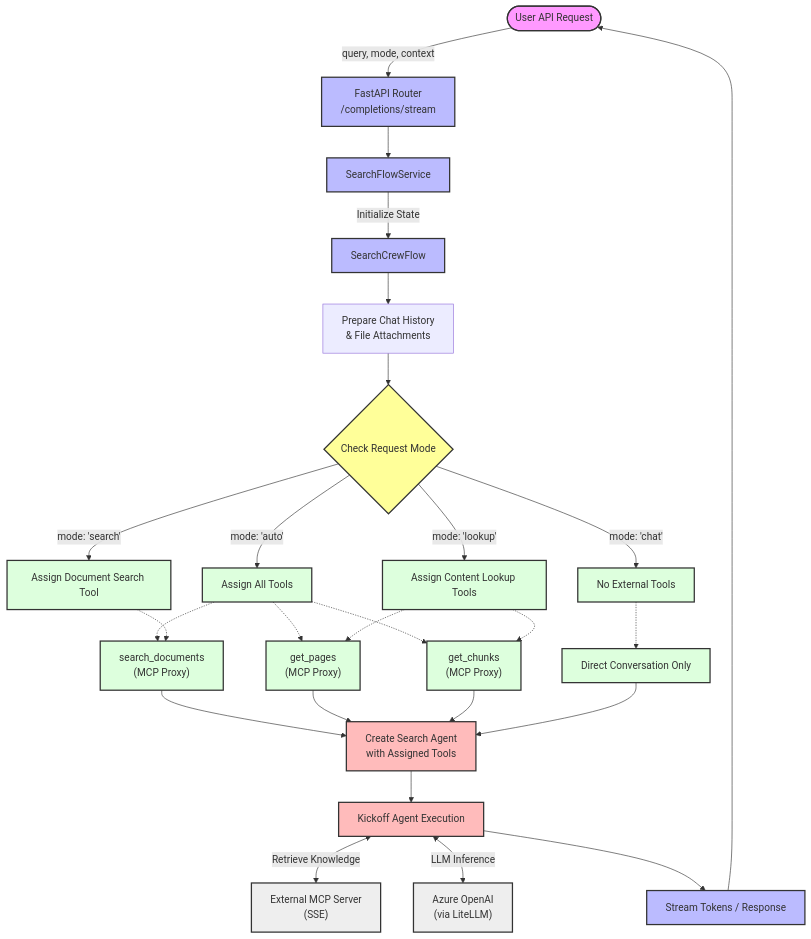
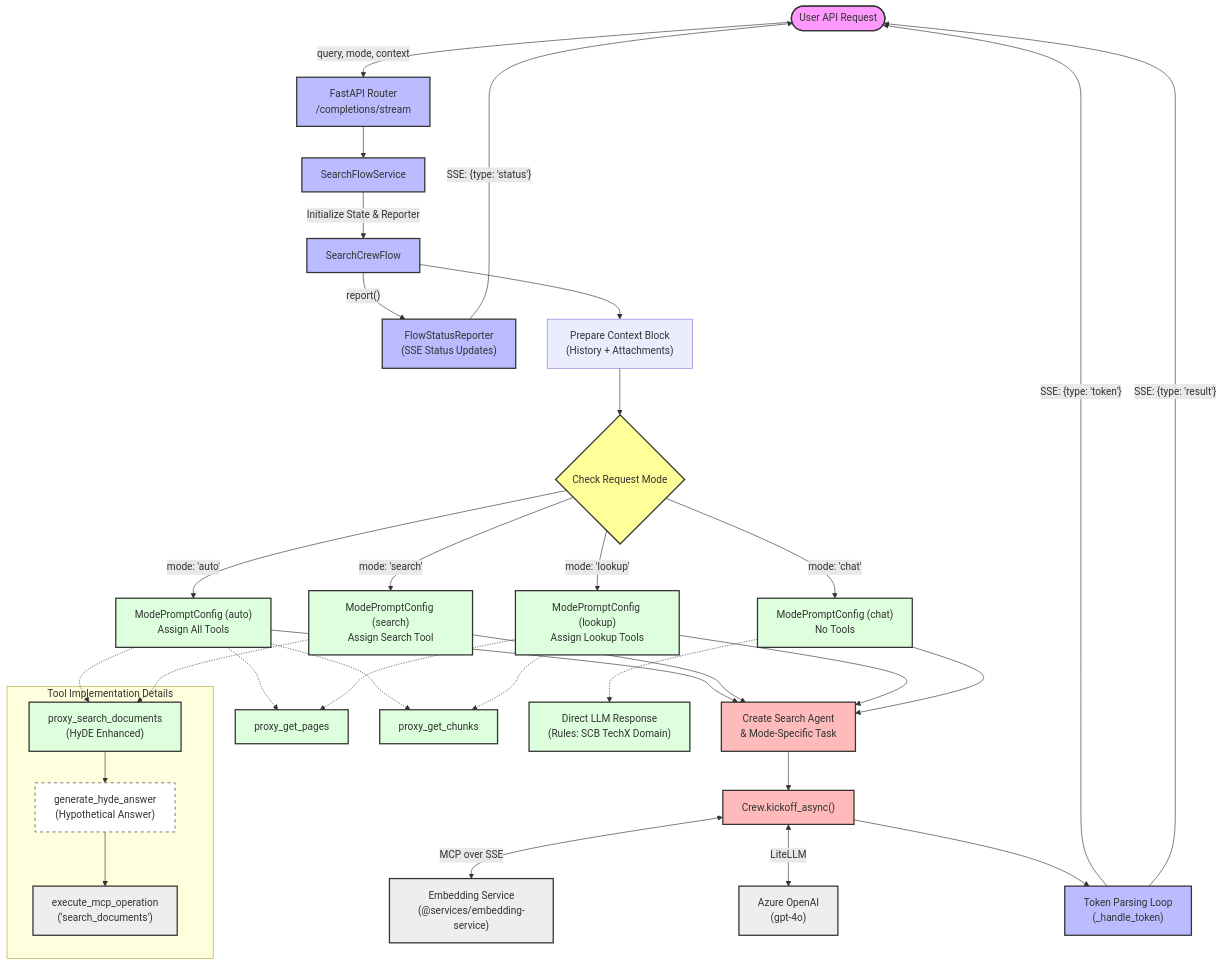
Before and after one commit to Taihenc/project-aiq: the diagram in services/search-flow/docs/diagrams/mode_architecture.md, drawn with Mermaid. The commit also changed other lines of this file and 4 other files, not shown here.

Commit message:
docs: [AIQ-231] rearchitect the search-flow service with dynamic mode selection, dedicated HyDE and Search agents, and updated data models, reflected in documentation.

````diff
--- a/services/search-flow/docs/diagrams/mode_architecture.md
+++ b/services/search-flow/docs/diagrams/mode_architecture.md
@@ -5,58 +5,63 @@
 ```mermaid
  flowchart TD
     %% Define Styles
     classDef userReq fill:#f9f,stroke:#333,stroke-width:2px;
     classDef service fill:#bbf,stroke:#333,stroke-width:2px;
     classDef decision fill:#ff9,stroke:#333,stroke-width:2px;
     classDef tools fill:#dfd,stroke:#333,stroke-width:2px;
     classDef agent fill:#fbb,stroke:#333,stroke-width:2px;
     classDef external fill:#eee,stroke:#333,stroke-width:2px;
+    classDef config fill:#fff,stroke:#333,stroke-dasharray: 5 5;
 
     %% Flow Start
     User(["User API Request"]):::userReq
     Router["FastAPI Router\n/completions/stream"]:::service
     FlowService["SearchFlowService"]:::service
+    Reporter["FlowStatusReporter\n(SSE Status Updates)"]:::service
     CrewFlow["SearchCrewFlow"]:::service
 
     User -->|"query, mode, context"| Router
     Router --> FlowService
-    FlowService -->|"Initialize State"| CrewFlow
+    FlowService -->|"Initialize State & Reporter"| CrewFlow
+    CrewFlow -- "report()" --> Reporter
+    Reporter -- "SSE: {type: 'status'}" --> User
 
-    CrewFlow --> PrepareContext["Prepare Chat History\n& File Attachments"]
+    CrewFlow --> PrepareContext["Prepare Context Block\n(History + Attachments)"]
     PrepareContext --> CheckMode{"Check Request Mode"}:::decision
 
-    %% Mode Branches
-    CheckMode -->|"mode: 'auto'"| ModeAuto["Assign All Tools"]:::tools
-    CheckMode -->|"mode: 'search'"| ModeSearch["Assign Document Search Tool"]:::tools
-    CheckMode -->|"mode: 'lookup'"| ModeLookup["Assign Content Lookup Tools"]:::tools
-    CheckMode -->|"mode: 'chat'"| ModeChat["No External Tools"]:::tools
+    %% Mode Branches & Prompt Config
+    CheckMode -->|"mode: 'auto'"| ModeAuto["ModePromptConfig (auto)\nAssign All Tools"]:::tools
+    CheckMode -->|"mode: 'search'"| ModeSearch["ModePromptConfig (search)\nAssign Search Tool"]:::tools
+    CheckMode -->|"mode: 'lookup'"| ModeLookup["ModePromptConfig (lookup)\nAssign Lookup Tools"]:::tools
+    CheckMode -->|"mode: 'chat'"| ModeChat["ModePromptConfig (chat)\nNo Tools"]:::tools
 
-    %% Specific Tool Assignments
-    ModeAuto -.-> ToolSearch["search_documents\n(MCP Proxy)"]
-    ModeAuto -.-> ToolPages["get_pages\n(MCP Proxy)"]
-    ModeAuto -.-> ToolChunks["get_chunks\n(MCP Proxy)"]
+    %% Specific Tool Assignments & Internal Logic
+    ModeAuto -.-> ToolSearch
+    ModeAuto -.-> ToolPages
+    ModeAuto -.-> ToolChunks
 
-    ModeSearch -.-> ToolSearch
+    ModeSearch -.-> ToolSearch["proxy_search_documents\n(HyDE Enhanced)"]:::tools
+    
+    subgraph ToolInternal ["Tool Implementation Details"]
+        ToolSearch --> HyDE["generate_hyde_answer\n(Hypothetical Answer)"]:::config
+        HyDE --> MCP_Search["execute_mcp_operation\n('search_documents')"]:::external
+    end
 
-    ModeLookup -.-> ToolPages
-    ModeLookup -.-> ToolChunks
+    ModeLookup -.-> ToolPages["proxy_get_pages"]:::tools
+    ModeLookup -.-> ToolChunks["proxy_get_chunks"]:::tools
 
-    ModeChat -.-> NoTools["Direct Conversation Only"]
-
-    ToolSearch:::tools
-    ToolPages:::tools
-    ToolChunks:::tools
-    NoTools:::tools
+    ModeChat -.-> NoTools["Direct LLM Response\n(Rules: SCB TechX Domain)"]:::tools
 
     %% Agent Execution
-    ToolSearch & ToolPages & ToolChunks & NoTools --> CreateAgent["Create Search Agent\nwith Assigned Tools"]:::agent
-    CreateAgent --> Kickoff["Kickoff Agent Execution"]:::agent
+    ModeAuto & ModeSearch & ModeLookup & ModeChat --> CreateAgent["Create Search Agent\n& Mode-Specific Task"]:::agent
+    CreateAgent --> Kickoff["Crew.kickoff_async()"]:::agent
 
     %% External Interactions
-    Kickoff <--> |"Retrieve Knowledge"| MCP["External MCP Server\n(SSE)"]:::external
-    Kickoff <--> |"LLM Inference"| LLM["Azure OpenAI\n(via LiteLLM)"]:::external
+    Kickoff <--> |"MCP over SSE"| MCP["Embedding Service\n(@services/embedding-service)"]:::external
+    Kickoff <--> |"LiteLLM"| LLM["Azure OpenAI\n(gpt-4o)"]:::external
 
     %% Response
-    Kickoff --> Stream["Stream Tokens / Response"]:::service
-    Stream --> User
+    Kickoff --> Stream["Token Parsing Loop\n(_handle_token)"]:::service
+    Stream -- "SSE: {type: 'token'}" --> User
+    Stream -- "SSE: {type: 'result'}" --> User
 ```
````
